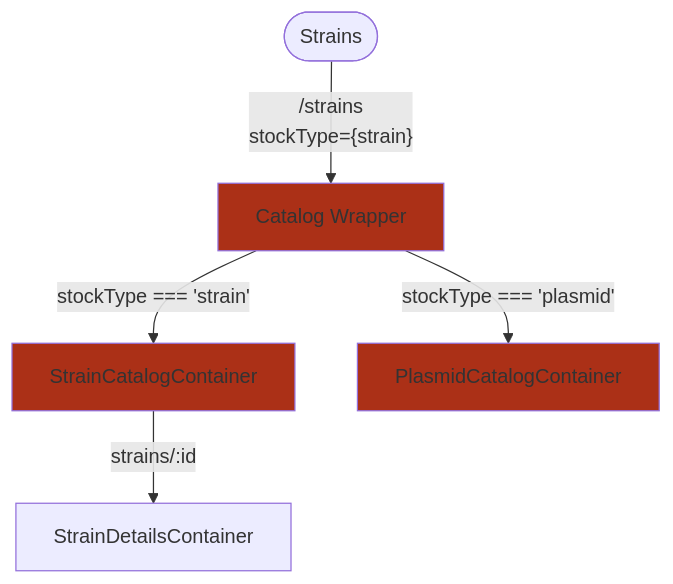
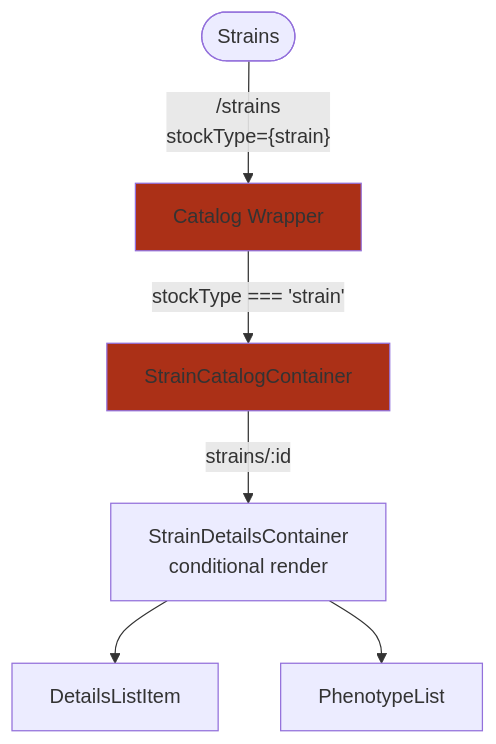
Before and after one commit to dictyBase/frontendx: the diagram in apps/stock-center/diagrams/Strains.md, drawn with Mermaid.

Commit message:
chore(Strains.md): update StrainDetailsContainer and add new components
The StrainDetailsContainer component now includes a conditional render, indicating that it will render different components based on the stockType. Additionally, two new components, DetailsListItem and PhenotypeList, have been added to the diagram. This update improves the clarity and accuracy of the diagram by reflecting the changes made to the code.

````diff
--- a/apps/stock-center/diagrams/Strains.md
+++ b/apps/stock-center/diagrams/Strains.md
@@ -1,19 +1,20 @@
 ```mermaid
 
 flowchart TD
 
 X([Strains])
 A[Catalog Wrapper]
 B1[StrainCatalogContainer]
-B2[PlasmidCatalogContainer]
-C[StrainDetailsContainer]
-
+C[StrainDetailsContainer\n conditional render]
+D[DetailsListItem]
+E[PhenotypeList]
 
 X -->|"/strains\nstockType={strain}"| A
 A -->|"stockType === 'strain'"| B1
-A -->|"stockType === 'plasmid'"|B2
 B1 -->|strains/:id|C
+C --> D
+C --> E
 
 classDef state fill:#ab3017
 class A,B1,B2 state
 ```
````
